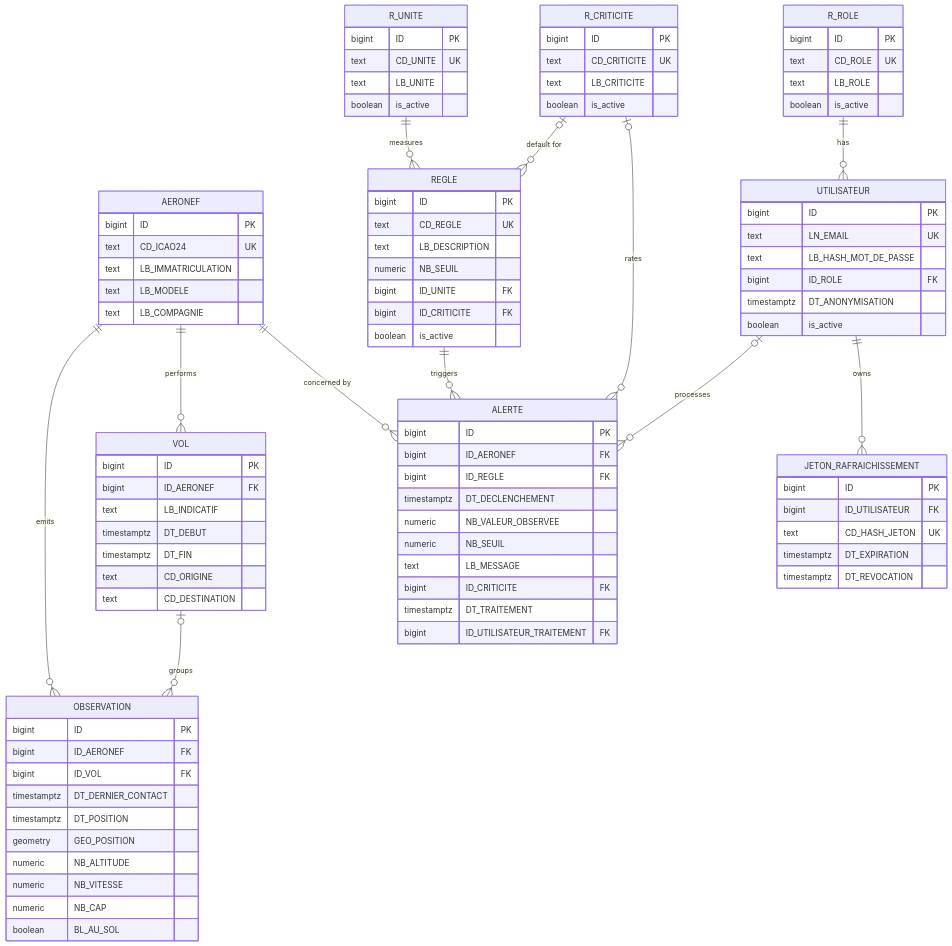
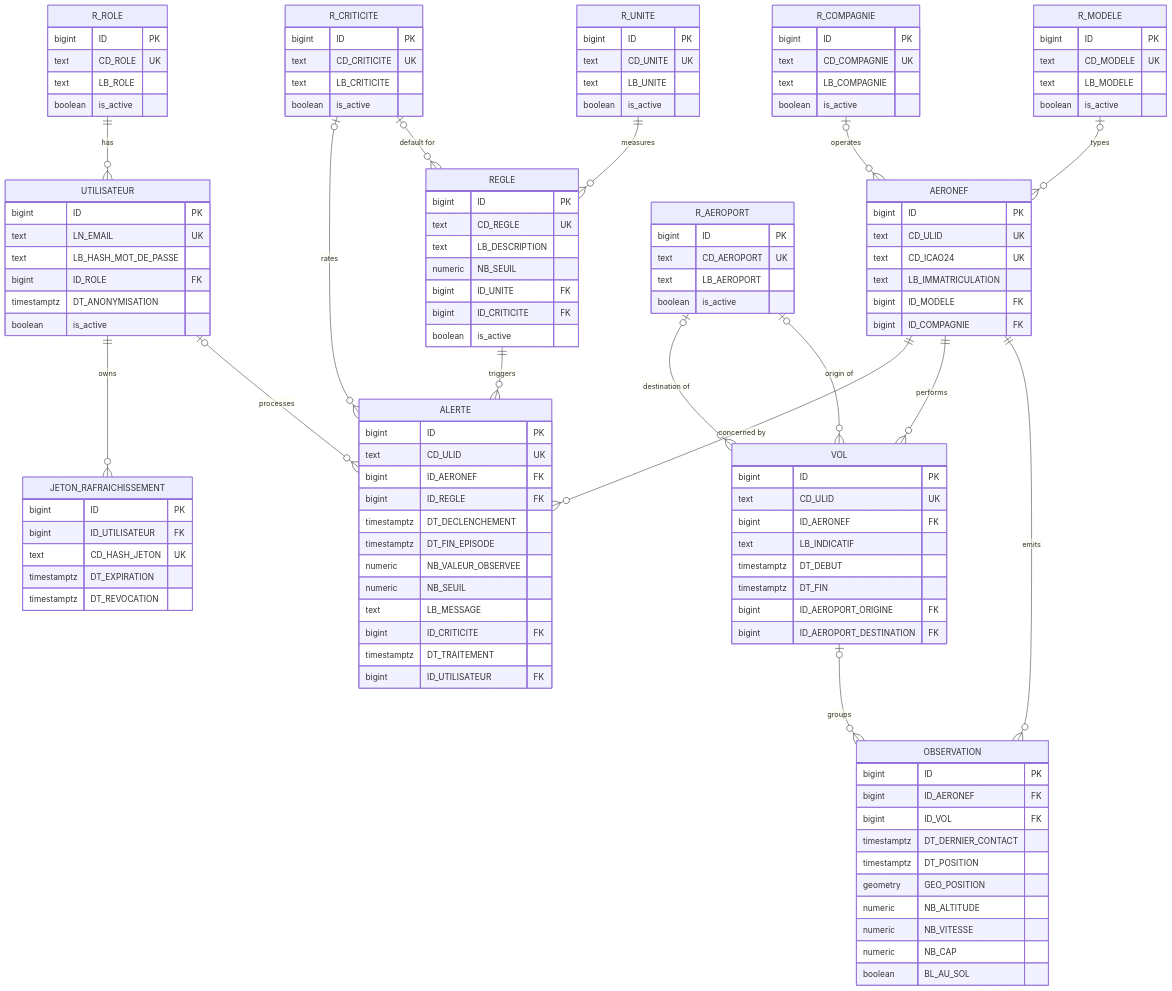
Before and after one commit to thibault-dlb/aerosafe: the diagram in docs/data-model.md, drawn with Mermaid. The commit also changed other lines of this file and 3 other files, not shown here.

````diff
--- a/docs/data-model.md
+++ b/docs/data-model.md
@@ -40,22 +45,28 @@
     UTILISATEUR |o--o{ ALERTE : "processes"
     R_ROLE ||--o{ UTILISATEUR : "has"
     UTILISATEUR ||--o{ JETON_RAFRAICHISSEMENT : "owns"
+    R_MODELE |o--o{ AERONEF : "types"
+    R_COMPAGNIE |o--o{ AERONEF : "operates"
+    R_AEROPORT |o--o{ VOL : "origin of"
+    R_AEROPORT |o--o{ VOL : "destination of"
 
     AERONEF {
         bigint ID PK
+        text CD_ULID UK
         text CD_ICAO24 UK
         text LB_IMMATRICULATION
-        text LB_MODELE
-        text LB_COMPAGNIE
+        bigint ID_MODELE FK
+        bigint ID_COMPAGNIE FK
     }
     VOL {
         bigint ID PK
+        text CD_ULID UK
         bigint ID_AERONEF FK
         text LB_INDICATIF
         timestamptz DT_DEBUT
         timestamptz DT_FIN
-        text CD_ORIGINE
-        text CD_DESTINATION
+        bigint ID_AEROPORT_ORIGINE FK
+        bigint ID_AEROPORT_DESTINATION FK
     }
     OBSERVATION {
         bigint ID PK
@@ -80,15 +91,17 @@
     }
     ALERTE {
         bigint ID PK
+        text CD_ULID UK
         bigint ID_AERONEF FK
         bigint ID_REGLE FK
         timestamptz DT_DECLENCHEMENT
+        timestamptz DT_FIN_EPISODE
         numeric NB_VALEUR_OBSERVEE
         numeric NB_SEUIL
         text LB_MESSAGE
         bigint ID_CRITICITE FK
         timestamptz DT_TRAITEMENT
-        bigint ID_UTILISATEUR_TRAITEMENT FK
+        bigint ID_UTILISATEUR FK
     }
     UTILISATEUR {
         bigint ID PK
@@ -123,4 +136,22 @@
         text LB_UNITE
         boolean is_active
     }
+    R_MODELE {
+        bigint ID PK
+        text CD_MODELE UK
+        text LB_MODELE
+        boolean is_active
+    }
+    R_COMPAGNIE {
+        bigint ID PK
+        text CD_COMPAGNIE UK
+        text LB_COMPAGNIE
+        boolean is_active
+    }
+    R_AEROPORT {
+        bigint ID PK
+        text CD_AEROPORT UK
+        text LB_AEROPORT
+        boolean is_active
+    }
 ```
````
